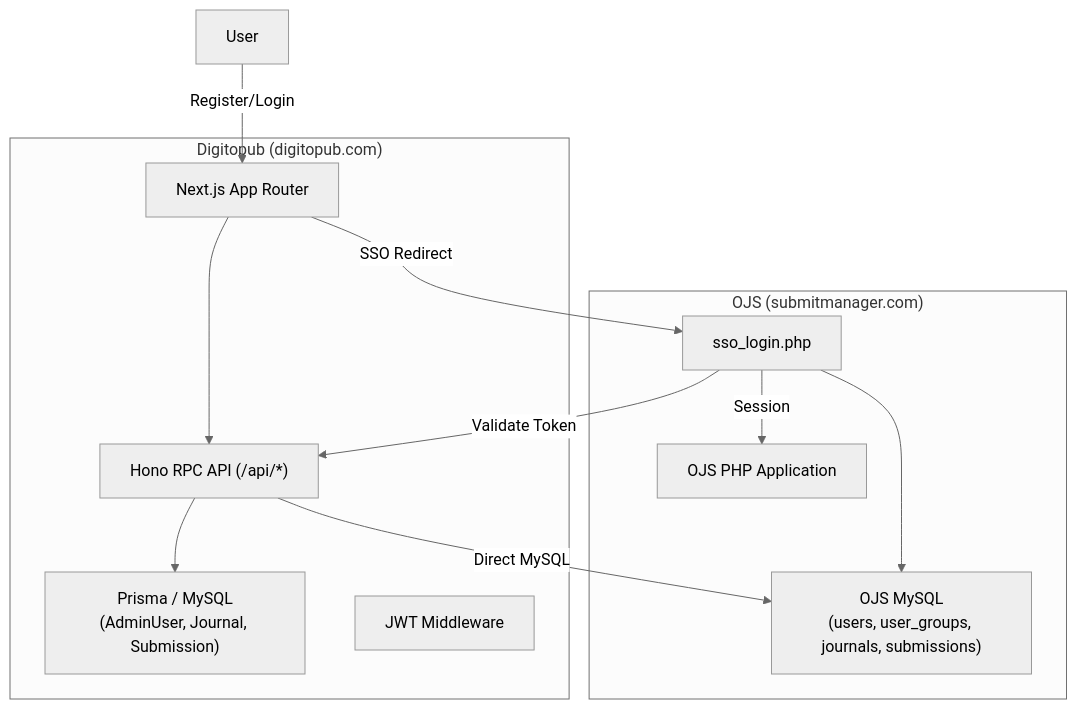
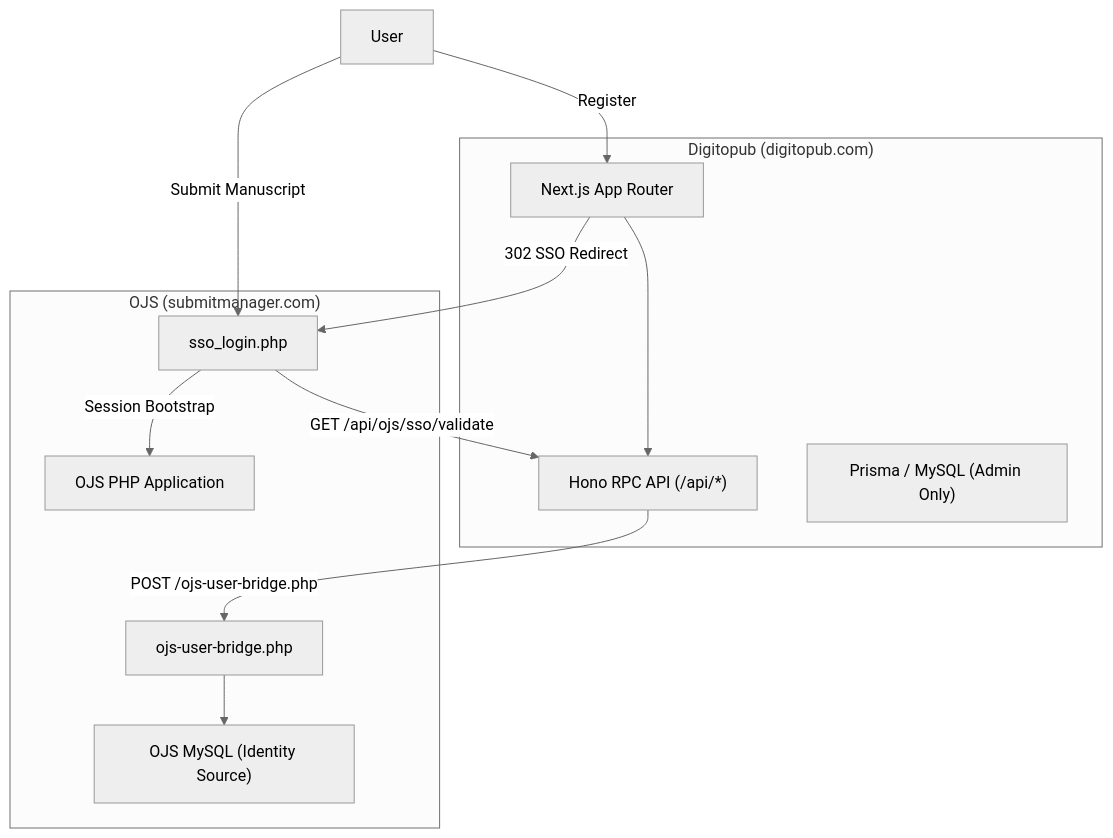
One commit to azizwarpai-ctrl/scientific-journals-website changed the first of 4 diagrams in docs/implementation_plan.md. Above: the diagram before and after it, drawn with Mermaid (neutral theme). The commit also changed other lines of this file and 2 other files, not shown here.

Commit message:
feat: Refine authentication and submission architecture, establishing OJS as the primary identity provider for public users via `ojs-user-bridge.php` and `sso_login.php`.

````diff
--- a/docs/implementation_plan.md
+++ b/docs/implementation_plan.md
@@ -7,24 +7,24 @@
 ```mermaid
 graph TD
     subgraph Digitopub["Digitopub (digitopub.com)"]
         NextJS["Next.js App Router"]
         HonoAPI["Hono RPC API (/api/*)"]
-        PrismaDB["Prisma / MySQL<br/>(AdminUser, Journal, Submission)"]
-        Middleware["JWT Middleware"]
+        PrismaDB["Prisma / MySQL (Admin Only)"]
     end
 
     subgraph OJS["OJS (submitmanager.com)"]
         OJSPHP["OJS PHP Application"]
         SSOReceiver["sso_login.php"]
-        OJSDB["OJS MySQL<br/>(users, user_groups, journals, submissions)"]
+        Bridge["ojs-user-bridge.php"]
+        OJSDB["OJS MySQL (Identity Source)"]
     end
 
-    User -->|Register/Login| NextJS
+    User -->|Register| NextJS
+    User -->|Submit Manuscript| SSOReceiver
     NextJS --> HonoAPI
-    HonoAPI --> PrismaDB
-    HonoAPI -->|Direct MySQL| OJSDB
-    NextJS -->|SSO Redirect| SSOReceiver
-    SSOReceiver -->|Validate Token| HonoAPI
-    SSOReceiver --> OJSDB
-    SSOReceiver -->|Session| OJSPHP
+    HonoAPI -->|POST /ojs-user-bridge.php| Bridge
+    Bridge --> OJSDB
+    NextJS -->|302 SSO Redirect| SSOReceiver
+    SSOReceiver -->|GET /api/ojs/sso/validate| HonoAPI
+    SSOReceiver -->|Session Bootstrap| OJSPHP
 ```
````
